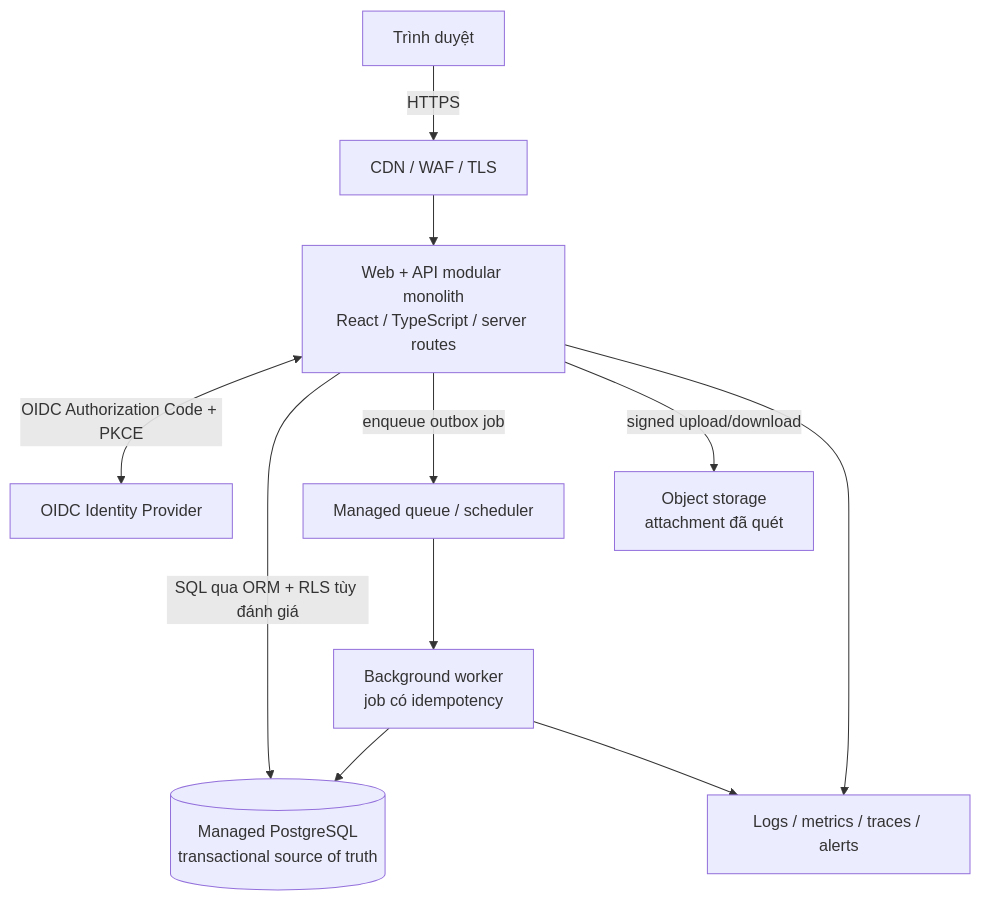
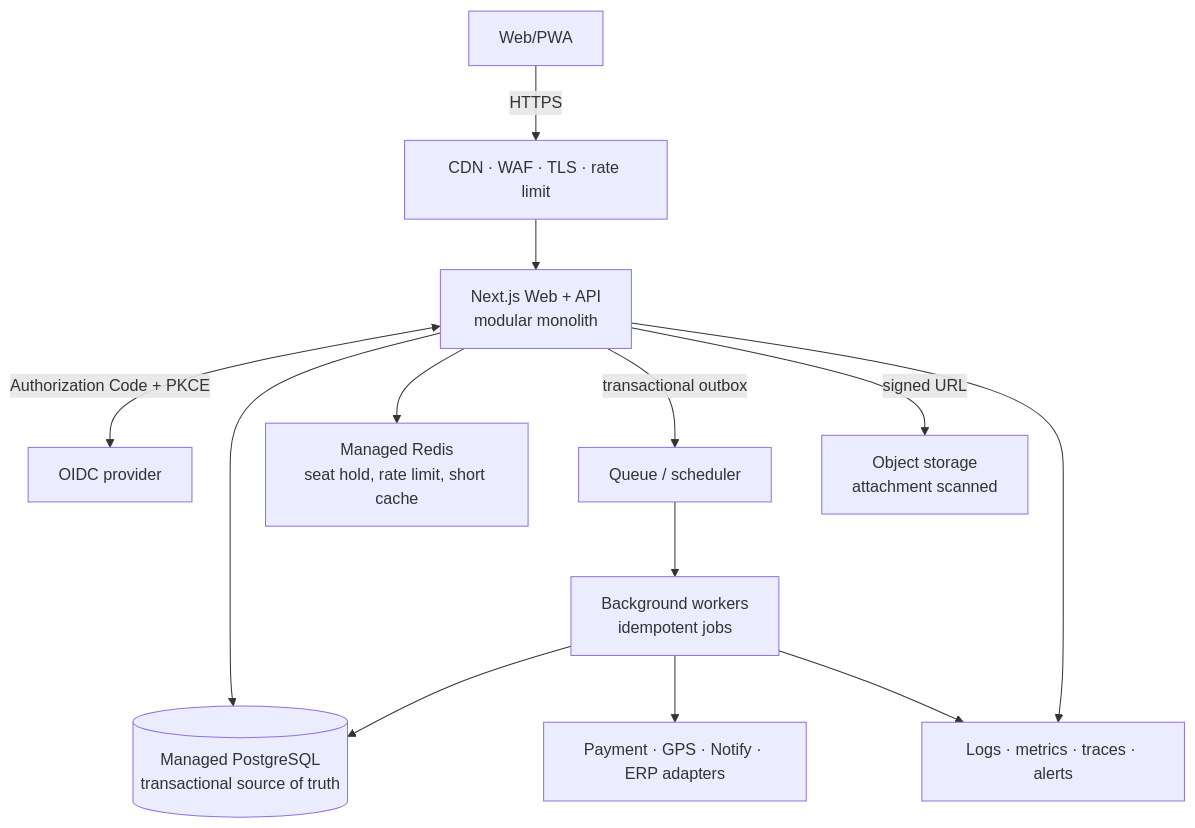
The second of 6 diagrams in docs/ARCHITECTURE.md (QuangHuy71104/kumho-smartops), drawn with Mermaid before and after one commit. The commit also changed other lines of this file and 113 other files, not shown here.

````diff
--- a/docs/ARCHITECTURE.md
+++ b/docs/ARCHITECTURE.md
@@ -44,22 +46,25 @@
 ```mermaid
 flowchart TB
-    Browser["Trình duyệt"]
-    CDN["CDN / WAF / TLS"]
-    Web["Web + API modular monolith\nReact / TypeScript / server routes"]
-    Worker["Background worker\njob có idempotency"]
+    Browser["Web/PWA"]
+    Edge["CDN · WAF · TLS · rate limit"]
+    Web["Next.js Web + API\nmodular monolith"]
+    Worker["Background workers\nidempotent jobs"]
     DB[("Managed PostgreSQL\ntransactional source of truth")]
-    Queue["Managed queue / scheduler"]
-    Object["Object storage\nattachment đã quét"]
-    IdP["OIDC Identity Provider"]
-    Obs["Logs / metrics / traces / alerts"]
+    Redis["Managed Redis\nseat hold, rate limit, short cache"]
+    Queue["Queue / scheduler"]
+    Object["Object storage\nattachment scanned"]
+    IdP["OIDC provider"]
+    Adapters["Payment · GPS · Notify · ERP adapters"]
+    Obs["Logs · metrics · traces · alerts"]
 
-    Browser -->|"HTTPS"| CDN --> Web
-    Web <-->|"OIDC Authorization Code + PKCE"| IdP
-    Web -->|"SQL qua ORM + RLS tùy đánh giá"| DB
-    Web -->|"enqueue outbox job"| Queue
-    Queue --> Worker
+    Browser -->|"HTTPS"| Edge --> Web
+    Web <-->|"Authorization Code + PKCE"| IdP
+    Web --> DB
+    Web --> Redis
+    Web -->|"transactional outbox"| Queue --> Worker
     Worker --> DB
-    Web -->|"signed upload/download"| Object
+    Worker --> Adapters
+    Web -->|"signed URL"| Object
     Web --> Obs
     Worker --> Obs
 ```
````
